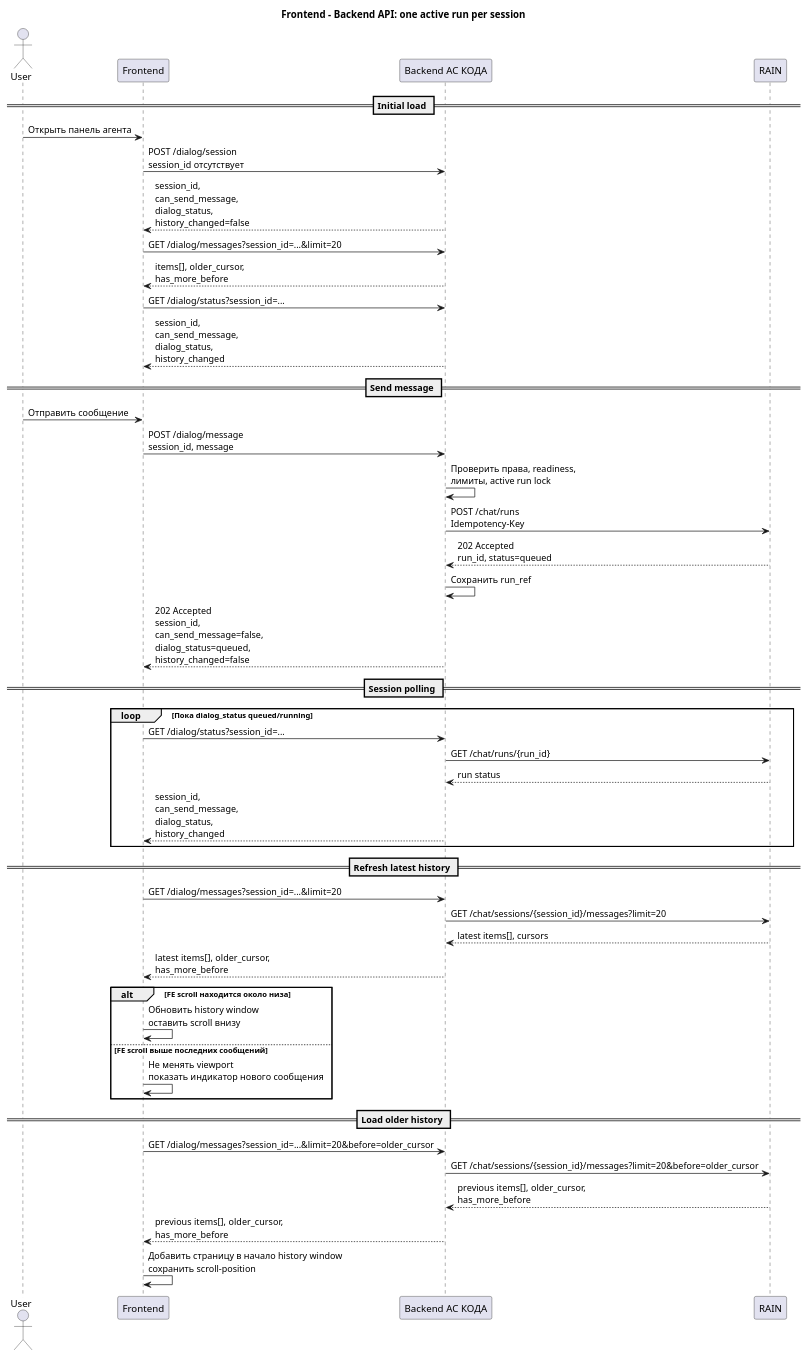
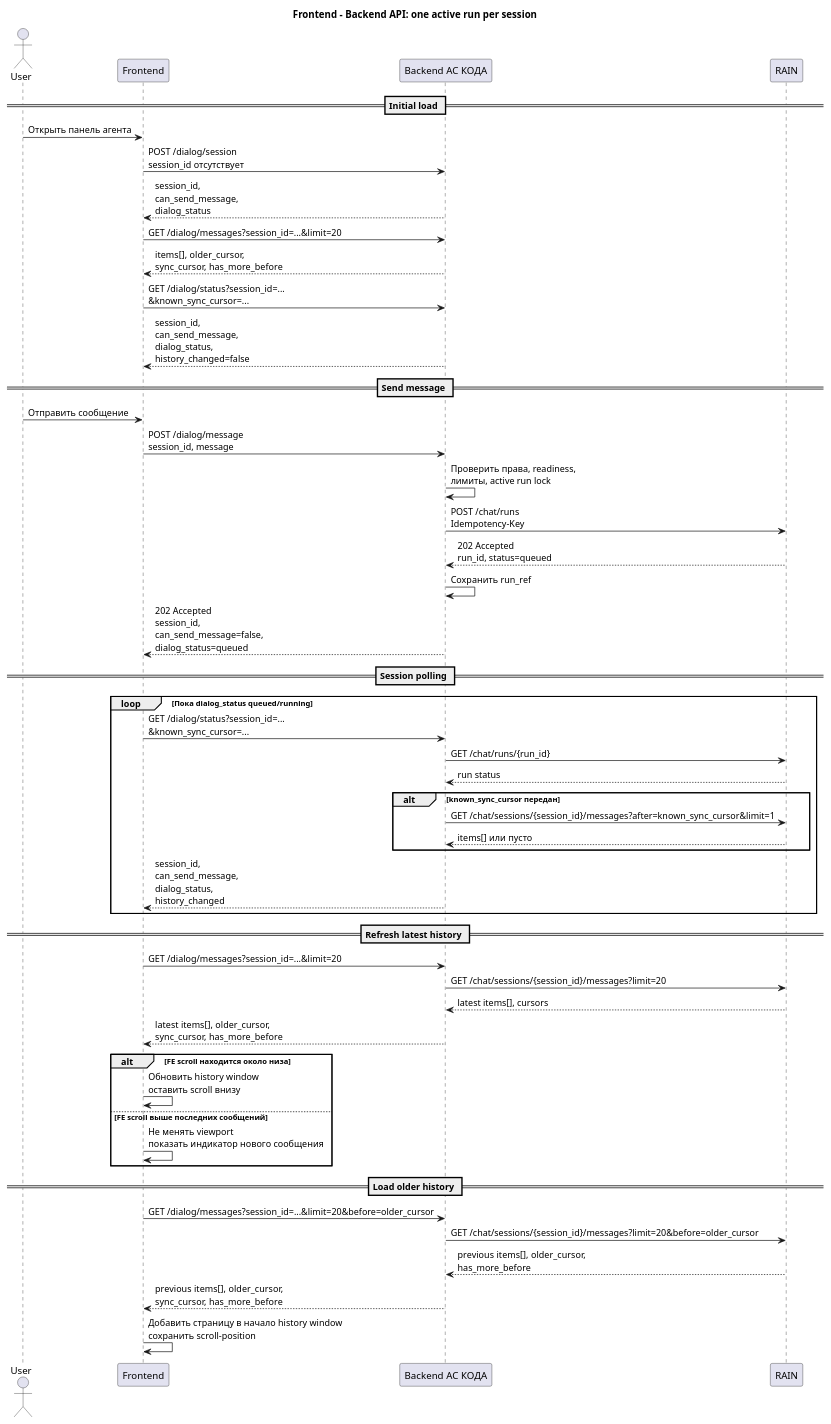
Before and after one commit to shuhart75/changeswork-copy: the diagram in features/simulation-bt-agent/slices/dialog-session/requirements/backend.md, drawn with PlantUML. The commit also changed other lines of this file and 87 other files, not shown here.

````diff
--- a/features/simulation-bt-agent/slices/dialog-session/requirements/backend.md
+++ b/features/simulation-bt-agent/slices/dialog-session/requirements/backend.md
@@ -356,55 +372,59 @@
 ```plantuml
 @startuml
 title Frontend - Backend API: one active run per session
 
 actor User as U
 participant "Frontend" as FE
 participant "Backend АС КОДА" as BE
 participant "RAIN" as RAIN
 
 == Initial load ==
 U -> FE: Открыть панель агента
 FE -> BE: POST /dialog/session\nsession_id отсутствует
+BE --> FE: session_id,\ncan_send_message,\ndialog_status
+FE -> BE: GET /dialog/messages?session_id=...&limit=20
+BE --> FE: items[], older_cursor,\nsync_cursor, has_more_before
+FE -> BE: GET /dialog/status?session_id=...\n&known_sync_cursor=...
 BE --> FE: session_id,\ncan_send_message,\ndialog_status,\nhistory_changed=false
-FE -> BE: GET /dialog/messages?session_id=...&limit=20
-BE --> FE: items[], older_cursor,\nhas_more_before
-FE -> BE: GET /dialog/status?session_id=...
-BE --> FE: session_id,\ncan_send_message,\ndialog_status,\nhistory_changed
 
 == Send message ==
 U -> FE: Отправить сообщение
 FE -> BE: POST /dialog/message\nsession_id, message
 BE -> BE: Проверить права, readiness,\nлимиты, active run lock
 BE -> RAIN: POST /chat/runs\nIdempotency-Key
 RAIN --> BE: 202 Accepted\nrun_id, status=queued
 BE -> BE: Сохранить run_ref
-BE --> FE: 202 Accepted\nsession_id,\ncan_send_message=false,\ndialog_status=queued,\nhistory_changed=false
+BE --> FE: 202 Accepted\nsession_id,\ncan_send_message=false,\ndialog_status=queued
 
 == Session polling ==
 loop Пока dialog_status queued/running
-  FE -> BE: GET /dialog/status?session_id=...
+  FE -> BE: GET /dialog/status?session_id=...\n&known_sync_cursor=...
   BE -> RAIN: GET /chat/runs/{run_id}
   RAIN --> BE: run status
+  alt known_sync_cursor передан
+    BE -> RAIN: GET /chat/sessions/{session_id}/messages?after=known_sync_cursor&limit=1
+    RAIN --> BE: items[] или пусто
+  end
   BE --> FE: session_id,\ncan_send_message,\ndialog_status,\nhistory_changed
 end
 
 == Refresh latest history ==
 FE -> BE: GET /dialog/messages?session_id=...&limit=20
 BE -> RAIN: GET /chat/sessions/{session_id}/messages?limit=20
 RAIN --> BE: latest items[], cursors
-BE --> FE: latest items[], older_cursor,\nhas_more_before
+BE --> FE: latest items[], older_cursor,\nsync_cursor, has_more_before
 
 alt FE scroll находится около низа
   FE -> FE: Обновить history window\nоставить scroll внизу
 else FE scroll выше последних сообщений
   FE -> FE: Не менять viewport\nпоказать индикатор нового сообщения
 end
 
 == Load older history ==
 FE -> BE: GET /dialog/messages?session_id=...&limit=20&before=older_cursor
 BE -> RAIN: GET /chat/sessions/{session_id}/messages?limit=20&before=older_cursor
 RAIN --> BE: previous items[], older_cursor,\nhas_more_before
-BE --> FE: previous items[], older_cursor,\nhas_more_before
+BE --> FE: previous items[], older_cursor,\nsync_cursor, has_more_before
 FE -> FE: Добавить страницу в начало history window\nсохранить scroll-position
 @enduml
 ```
````
